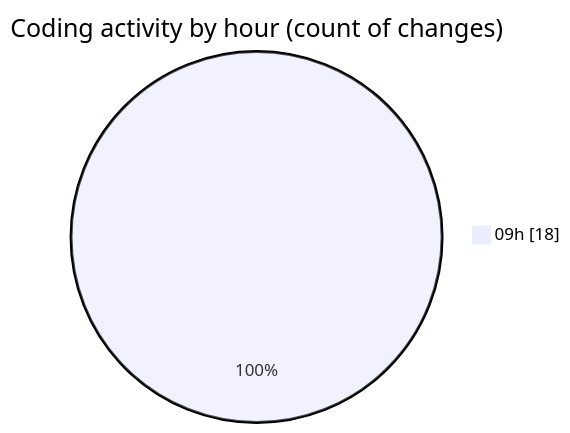
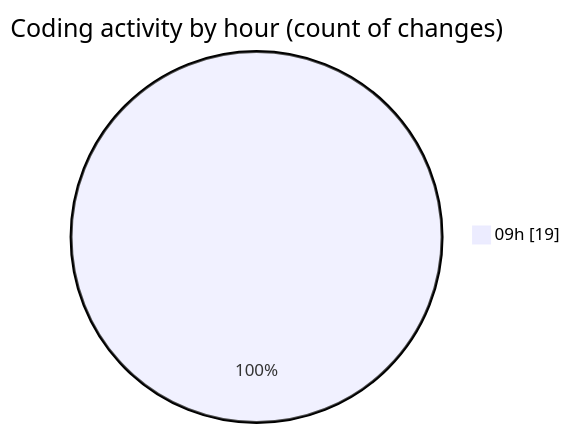
Before and after one commit to LanceThiago/code-tracking: the second of 2 diagrams in 2025-01-10/nueva_carpeta/README.md, drawn with Mermaid. The commit also changed other lines of this file and 1 other file, not shown here.

````diff
--- a/2025-01-10/nueva_carpeta/README.md
+++ b/2025-01-10/nueva_carpeta/README.md
@@ -28,5 +28,5 @@
 ```mermaid
 pie showData
 title Coding activity by hour (count of changes)
-"09h" : 18
+"09h" : 19
 ```
````
